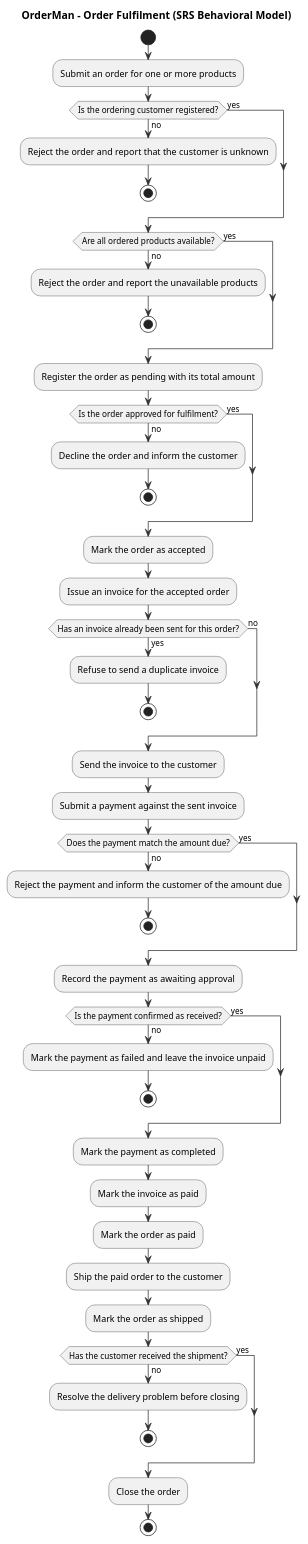
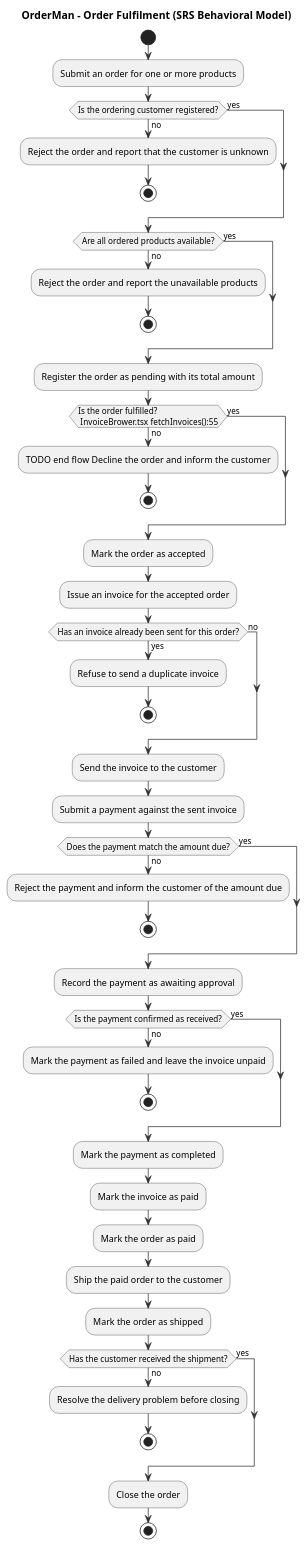
One commit to swinilab/validation4llmagents changed the diagram in materials/G3-behavioral-model.puml. Above: the diagram before and after it, drawn with PlantUML. The commit also changed 4 other files, not shown here.

```diff
--- a/materials/G3-behavioral-model.puml
+++ b/materials/G3-behavioral-model.puml
@@ -1,79 +1,81 @@
 @startuml
 title OrderMan - Order Fulfilment (SRS Behavioral Model)
 
 skinparam monochrome false
 skinparam shadowing false
 skinparam ArrowColor #333333
 skinparam ActivityBorderColor #333333
 
 start
 
 :Submit an order for one or more products;
 
 if (Is the ordering customer registered?) then (no)
   :Reject the order and report that the customer is unknown;
   stop
 else (yes)
 endif
 
 if (Are all ordered products available?) then (no)
   :Reject the order and report the unavailable products;
   stop
 else (yes)
 endif
 
 :Register the order as pending with its total amount;
 
-if (Is the order approved for fulfilment?) then (no)
-  :Decline the order and inform the customer;
-  stop
+if (Is the order fulfilled? \n InvoiceBrower.tsx fetchInvoices():55) then (no)
+  ' InvoiceBrower.tsx fetchInvoices():55
+  :TODO end flow Decline the order and inform the customer;
+  stop  
 else (yes)
 endif
 
 :Mark the order as accepted;
+' Check again, tach thanh cac flows, them actor/user object (ui)
 
 :Issue an invoice for the accepted order;
 
 if (Has an invoice already been sent for this order?) then (yes)
   :Refuse to send a duplicate invoice;
   stop
 else (no)
 endif
 
 :Send the invoice to the customer;
 
 :Submit a payment against the sent invoice;
 
 if (Does the payment match the amount due?) then (no)
   :Reject the payment and inform the customer of the amount due;
   stop
 else (yes)
 endif
 
 :Record the payment as awaiting approval;
 
 if (Is the payment confirmed as received?) then (no)
   :Mark the payment as failed and leave the invoice unpaid;
   stop
 else (yes)
 endif
 
 :Mark the payment as completed;
 :Mark the invoice as paid;
 :Mark the order as paid;
 
 :Ship the paid order to the customer;
 
 :Mark the order as shipped;
 
 if (Has the customer received the shipment?) then (no)
   :Resolve the delivery problem before closing;
   stop
 else (yes)
 endif
 
 :Close the order;
 
 stop
 
 @enduml
```
